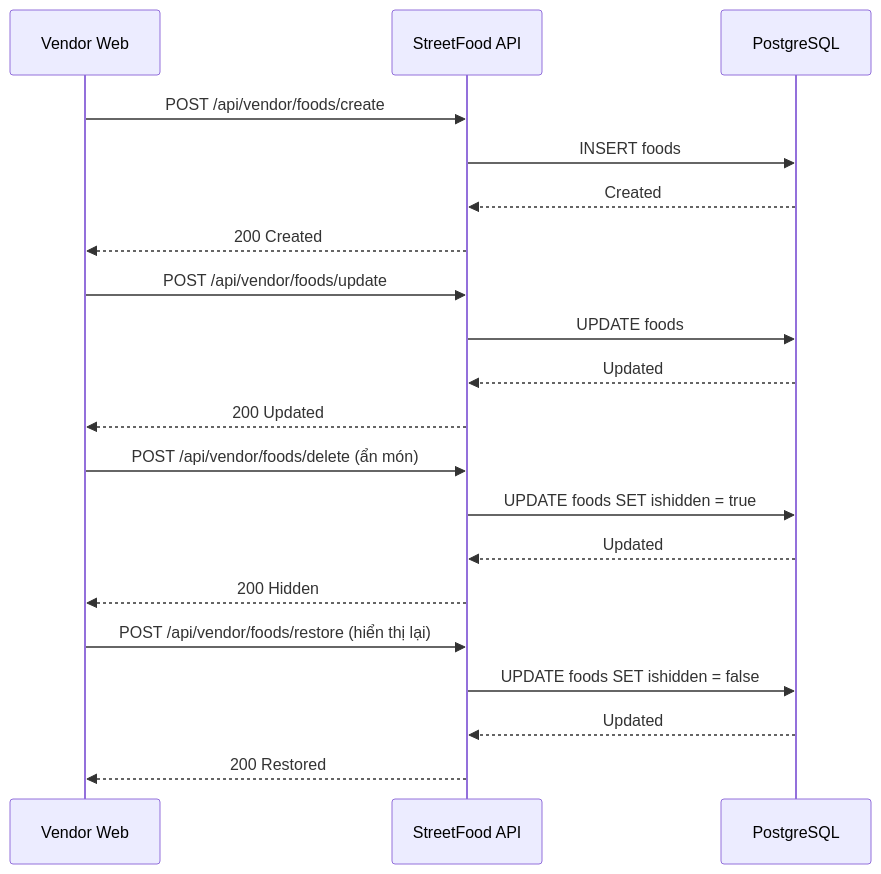
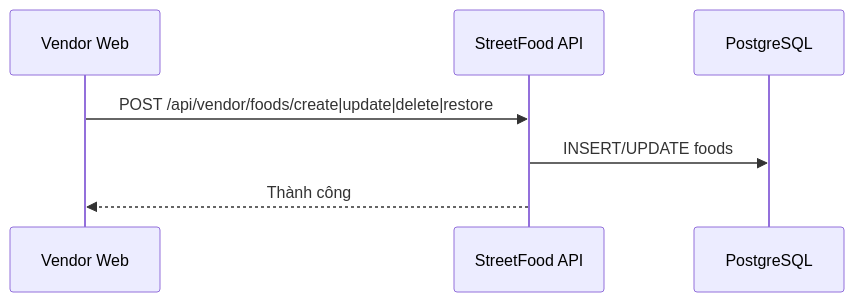
One commit to NguyenPhuc-Du/StreetFood changed diagram 15 of 44 in prd.md. Above: the diagram before and after it, drawn with Mermaid. The commit also changed other lines of this file and 22 other files, not shown here.

````diff
--- a/prd.md
+++ b/prd.md
@@ -905,26 +864,10 @@
 ```mermaid
 sequenceDiagram
     participant V as Vendor Web
     participant API as StreetFood API
     participant DB as PostgreSQL
 
-    V->>API: POST /api/vendor/foods/create
-    API->>DB: INSERT foods
-    DB-->>API: Created
-    API-->>V: 200 Created
-
-    V->>API: POST /api/vendor/foods/update
-    API->>DB: UPDATE foods
-    DB-->>API: Updated
-    API-->>V: 200 Updated
-
-    V->>API: POST /api/vendor/foods/delete (ẩn món)
-    API->>DB: UPDATE foods SET ishidden = true
-    DB-->>API: Updated
-    API-->>V: 200 Hidden
-
-    V->>API: POST /api/vendor/foods/restore (hiển thị lại)
-    API->>DB: UPDATE foods SET ishidden = false
-    DB-->>API: Updated
-    API-->>V: 200 Restored
+    V->>API: POST /api/vendor/foods/create|update|delete|restore
+    API->>DB: INSERT/UPDATE foods
+    API-->>V: Thành công
 ```
````
